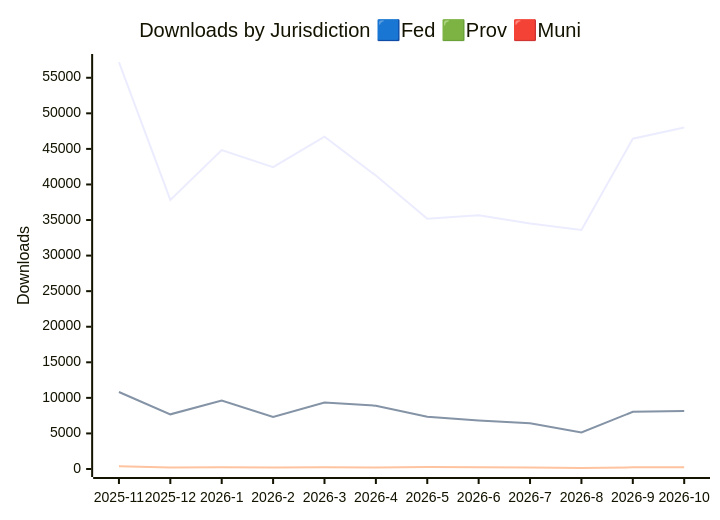
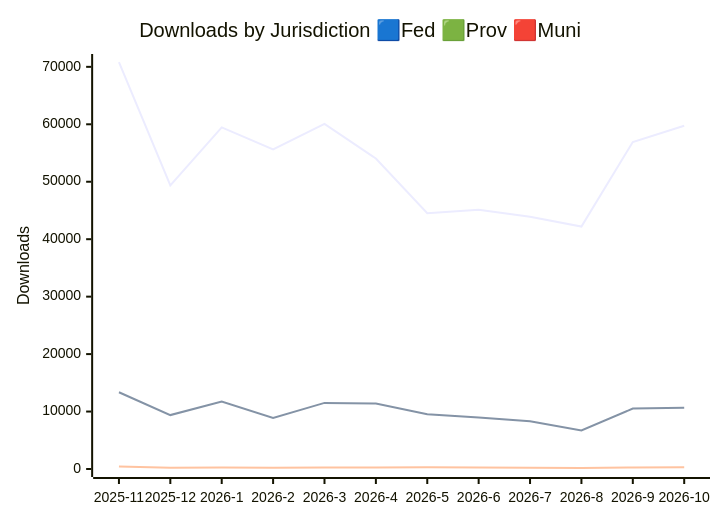
One commit to open-data/analytics-corporate-reporting changed the first of 3 diagrams in JURISDICTION_ANALYTICS_REPORT/readme.md. Above: the diagram before and after it, drawn with Mermaid. The commit also changed other lines of this file and 3 other files, not shown here.

````diff
--- a/JURISDICTION_ANALYTICS_REPORT/readme.md
+++ b/JURISDICTION_ANALYTICS_REPORT/readme.md
@@ -13,10 +13,10 @@
 ```mermaid
 
 xychart-beta
     title "Downloads by Jurisdiction 🟦Fed 🟩Prov 🟥Muni"
     x-axis [2025-11, 2025-12, 2026-1, 2026-2, 2026-3, 2026-4, 2026-5, 2026-6, 2026-7, 2026-8, 2026-9, 2026-10]
-    y-axis "Downloads" 0 --> 57216
-    line [57206, 37827, 44841, 42427, 46730, 41251, 35172, 35658, 34499, 33593, 46438, 48022]
-    line [10821, 7685, 9628, 7332, 9331, 8900, 7351, 6827, 6420, 5149, 8033, 8166]
-    line [394, 213, 259, 217, 251, 215, 266, 258, 228, 155, 233, 247]
+    y-axis "Downloads" 0 --> 70842
+    line [70832, 49370, 59452, 55647, 60056, 54050, 44517, 45104, 43913, 42192, 56923, 59751]
+    line [13365, 9384, 11755, 8900, 11505, 11393, 9524, 8977, 8295, 6697, 10514, 10657]
+    line [420, 224, 270, 228, 269, 267, 286, 274, 238, 159, 263, 284]
 ```
````
